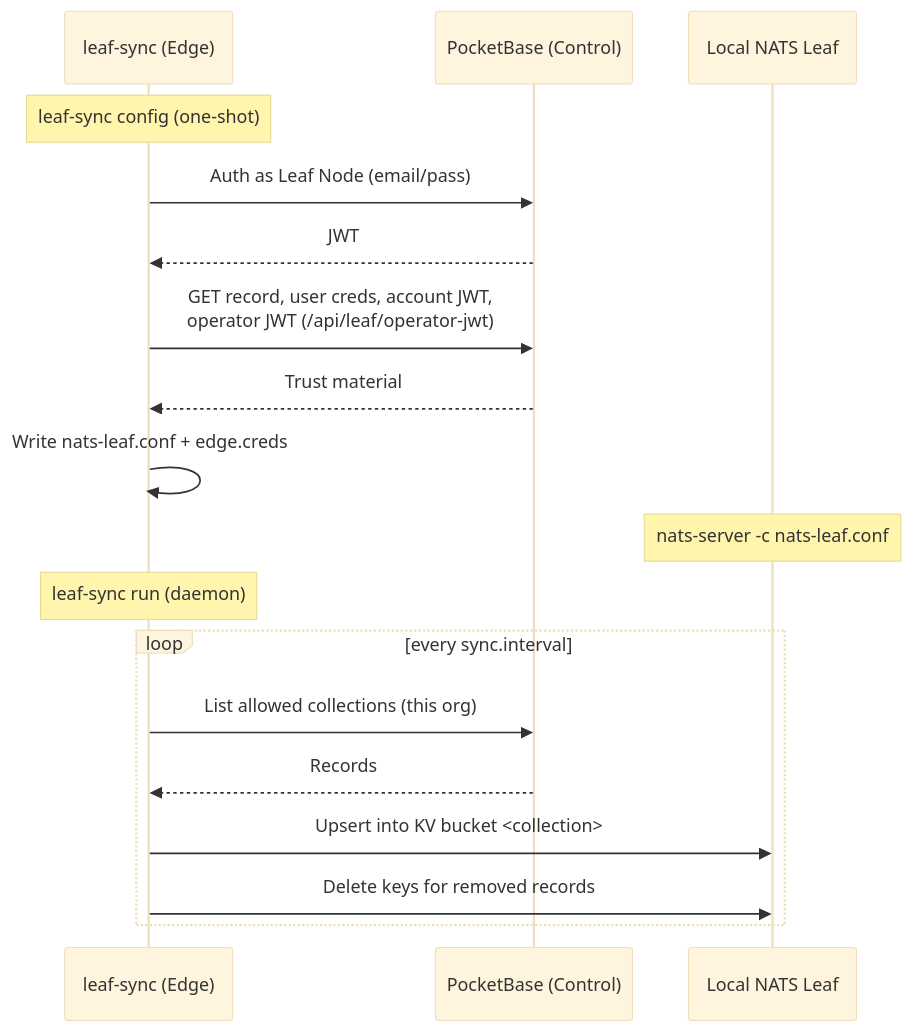
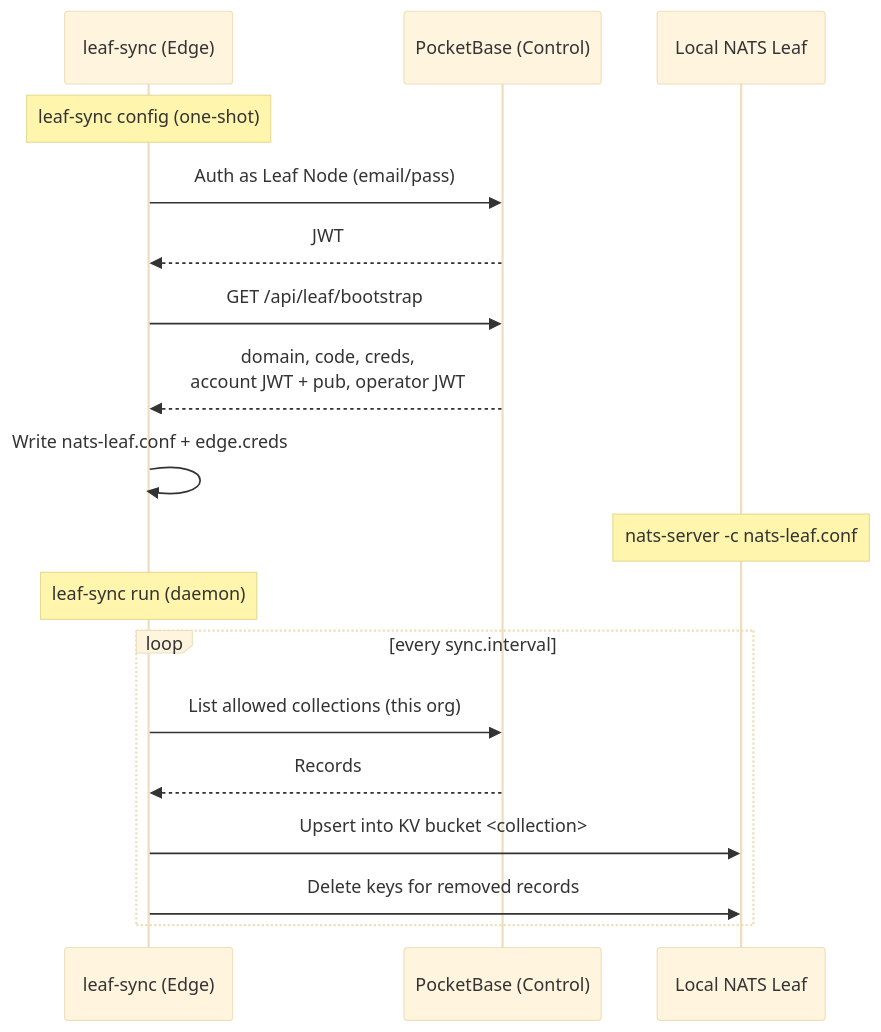
Before and after one commit to stone-age-io/platform-docs: the diagram in docs/leaf-nodes.md, drawn with Mermaid (base theme). The commit also changed other lines of this file and 17 other files, not shown here.

````diff
--- a/docs/leaf-nodes.md
+++ b/docs/leaf-nodes.md
@@ -75,22 +75,22 @@
 ```mermaid
 sequenceDiagram
     participant LS as leaf-sync (Edge)
     participant API as PocketBase (Control)
     participant LEAF as Local NATS Leaf
 
     Note over LS: leaf-sync config (one-shot)
     LS->>API: Auth as Leaf Node (email/pass)
     API-->>LS: JWT
-    LS->>API: GET record, user creds, account JWT,<br/>operator JWT (/api/leaf/operator-jwt)
-    API-->>LS: Trust material
+    LS->>API: GET /api/leaf/bootstrap
+    API-->>LS: domain, code, creds,<br/>account JWT + pub, operator JWT
     LS->>LS: Write nats-leaf.conf + edge.creds
     Note over LEAF: nats-server -c nats-leaf.conf
 
     Note over LS: leaf-sync run (daemon)
     loop every sync.interval
         LS->>API: List allowed collections (this org)
         API-->>LS: Records
         LS->>LEAF: Upsert into KV bucket <collection>
         LS->>LEAF: Delete keys for removed records
     end
 ```
````
